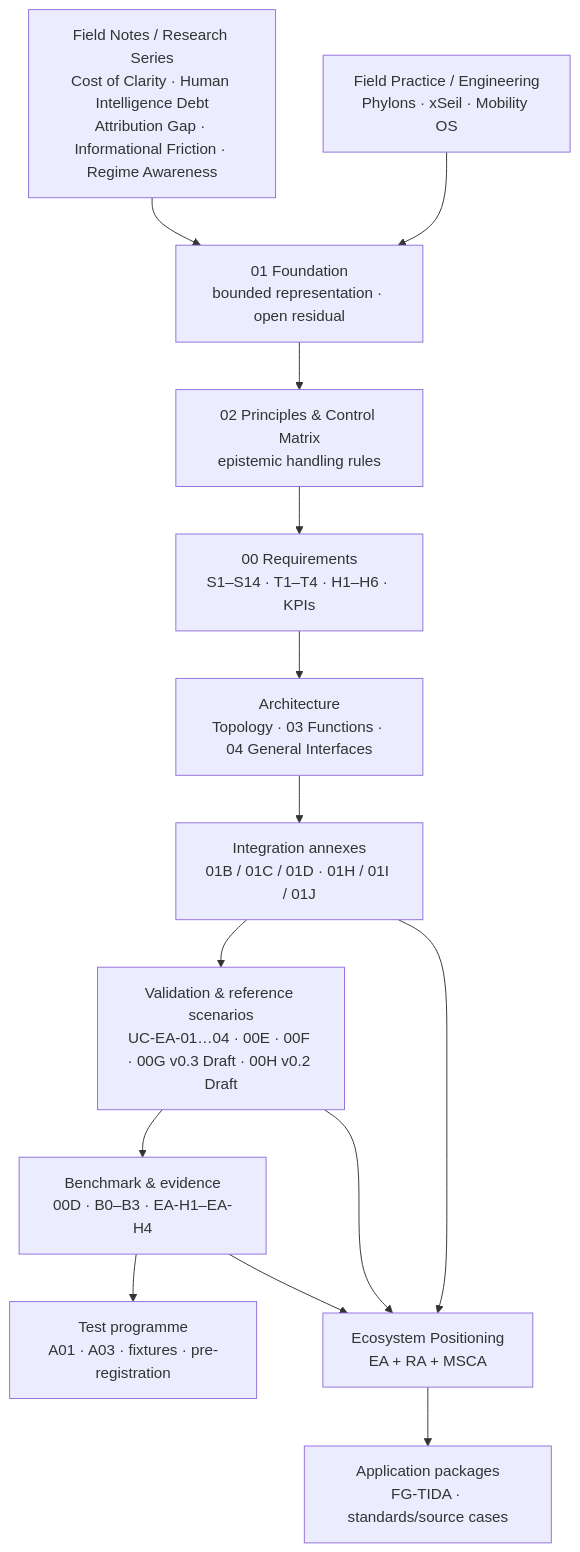
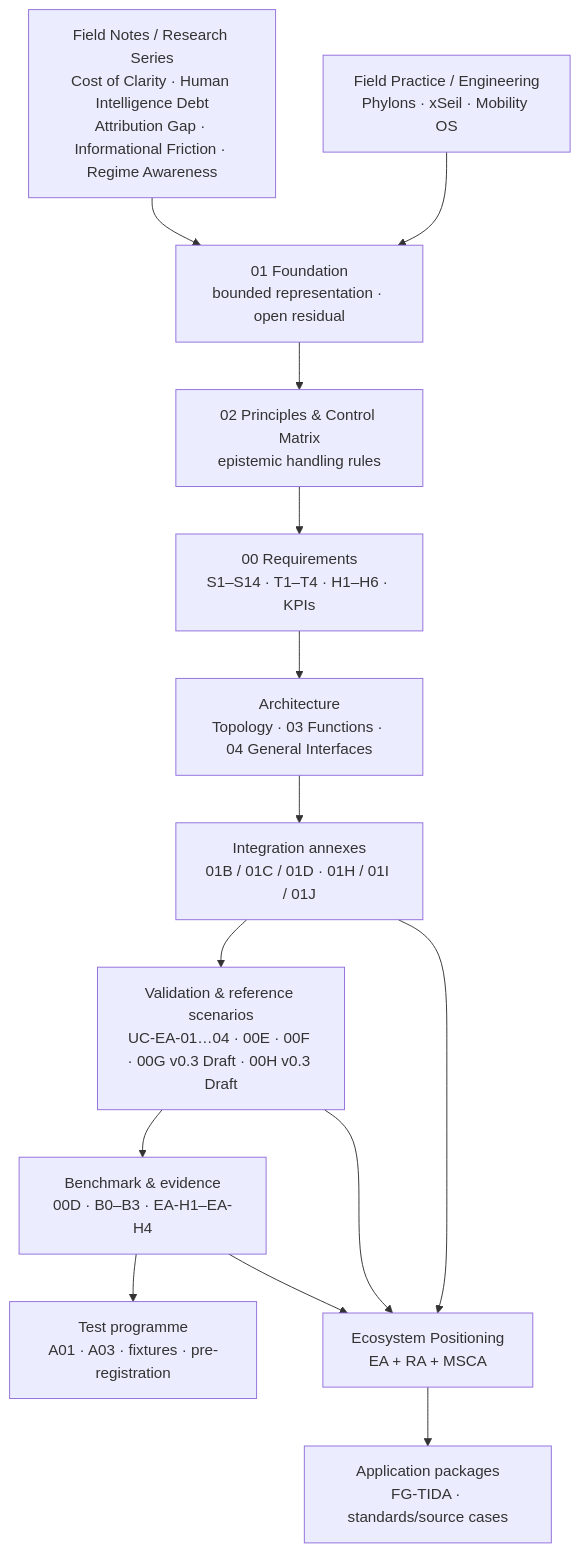
The first of 9 diagrams in research/ecosystem-awareness/VISUAL_GUIDE.md (dakleyer/structural-awareness-contributions), drawn with Mermaid before and after one commit. The commit also changed other lines of this file, not shown here.

````diff
--- a/research/ecosystem-awareness/VISUAL_GUIDE.md
+++ b/research/ecosystem-awareness/VISUAL_GUIDE.md
@@ -9,23 +9,23 @@
 ```mermaid
 flowchart TB
     FN["Field Notes / Research Series<br/>Cost of Clarity · Human Intelligence Debt<br/>Attribution Gap · Informational Friction · Regime Awareness"]
     ENG["Field Practice / Engineering<br/>Phylons · xSeil · Mobility OS"]
     F["01 Foundation<br/>bounded representation · open residual"]
     P["02 Principles & Control Matrix<br/>epistemic handling rules"]
     R["00 Requirements<br/>S1–S14 · T1–T4 · H1–H6 · KPIs"]
     A["Architecture<br/>Topology · 03 Functions · 04 General Interfaces"]
     I["Integration annexes<br/>01B / 01C / 01D · 01H / 01I / 01J"]
-    V["Validation & reference scenarios<br/>UC-EA-01…04 · 00E · 00F · 00G v0.3 Draft · 00H v0.2 Draft"]
+    V["Validation & reference scenarios<br/>UC-EA-01…04 · 00E · 00F · 00G v0.3 Draft · 00H v0.3 Draft"]
     B["Benchmark & evidence<br/>00D · B0–B3 · EA-H1–EA-H4"]
     T["Test programme<br/>A01 · A03 · fixtures · pre-registration"]
     EP["Ecosystem Positioning<br/>EA + RA + MSCA"]
     APP["Application packages<br/>FG-TIDA · standards/source cases"]
 
     FN --> F
     ENG --> F
     F --> P --> R --> A --> I --> V --> B --> T
     I --> EP
     V --> EP
     B --> EP
     EP --> APP
 ```
````
